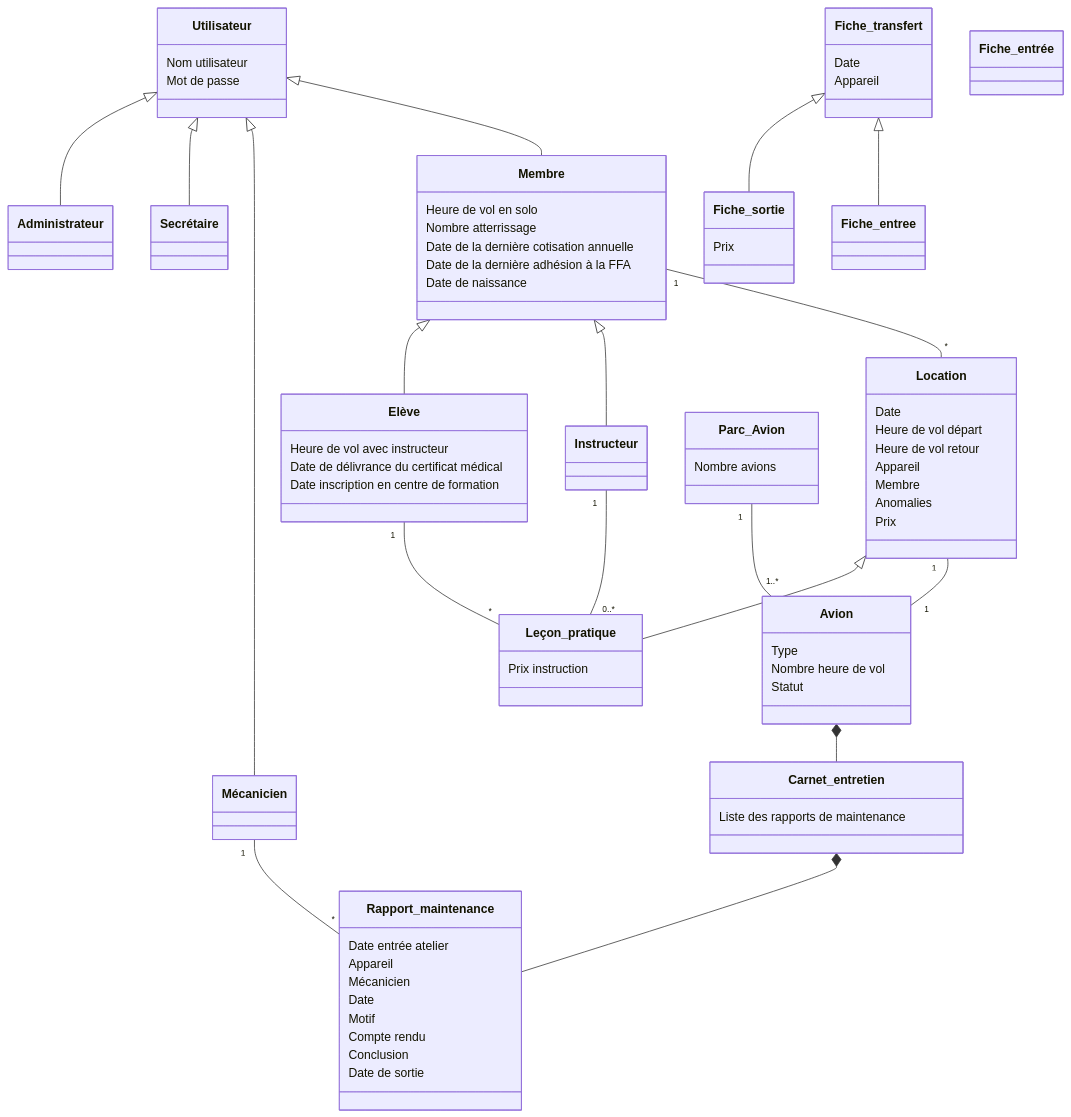
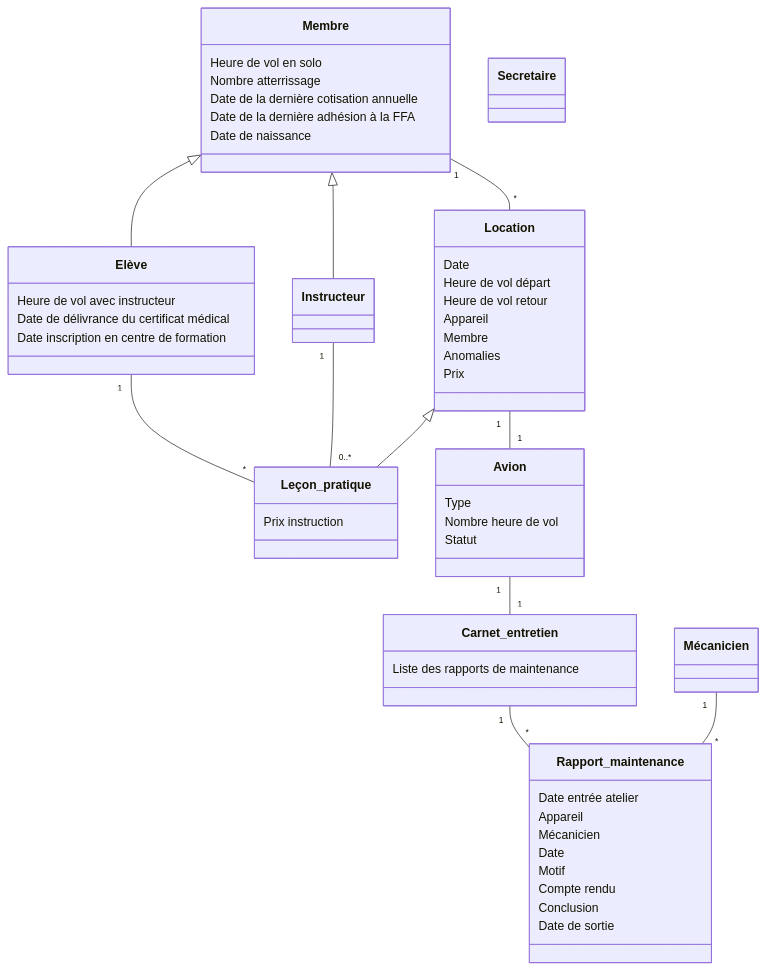
Before and after one commit to Wakayo-Quozorox/aero-UML: the diagram in Representation_conceptuelle.md, drawn with Mermaid.

Commit message:
Modifications suite aux commentaires du prof

````diff
--- a/Representation_conceptuelle.md
+++ b/Representation_conceptuelle.md
@@ -7,32 +9,17 @@
 ```mermaid
 classDiagram
 
-Utilisateur <|-- Administrateur
-Utilisateur <|-- Secrétaire
-Utilisateur <|-- Mécanicien
-Utilisateur <|-- Membre
 Membre <|-- Elève
 Membre <|-- Instructeur
 Location <|-- Leçon_pratique
-Fiche_transfert <|-- Fiche_sortie
-Fiche_transfert <|-- Fiche_entree
-
 
 Instructeur "1" -- "0..*" Leçon_pratique
 Elève "1" -- "*" Leçon_pratique
-Parc_Avion "1" -- "1..*" Avion
 Location "1" -- "1" Avion
-Avion *-- Carnet_entretien
-
+Avion "1" -- "1" Carnet_entretien
 Mécanicien "1" -- "*" Rapport_maintenance
-Carnet_entretien *-- Rapport_maintenance
-
+Carnet_entretien "1" -- "*" Rapport_maintenance
 Membre "1" -- "*" Location
-
-class Utilisateur {
-    Nom utilisateur
-    Mot de passe
-}
 
 class Avion {
     Type
@@ -41,7 +28,6 @@
 }
 
 class Elève {
-
     Heure de vol avec instructeur
     Date de délivrance du certificat médical
     Date inscription en centre de formation
@@ -55,9 +41,7 @@
     Date de naissance
 }
 
-class Parc_Avion {
-    Nombre avions
-}
+class Secretaire
 
 class Carnet_entretien {
     Liste des rapports de maintenance
@@ -88,17 +72,4 @@
     Prix instruction
 }
 
-class Fiche_transfert {
-    Date
-    Appareil
-}
-
-class Fiche_sortie {
-    Prix
-    
-}
-
-class Fiche_entrée{
-    
-}
 ```
````
